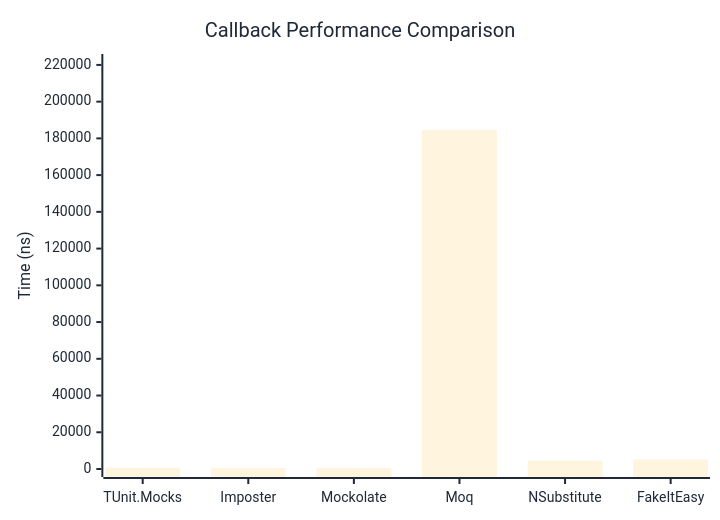
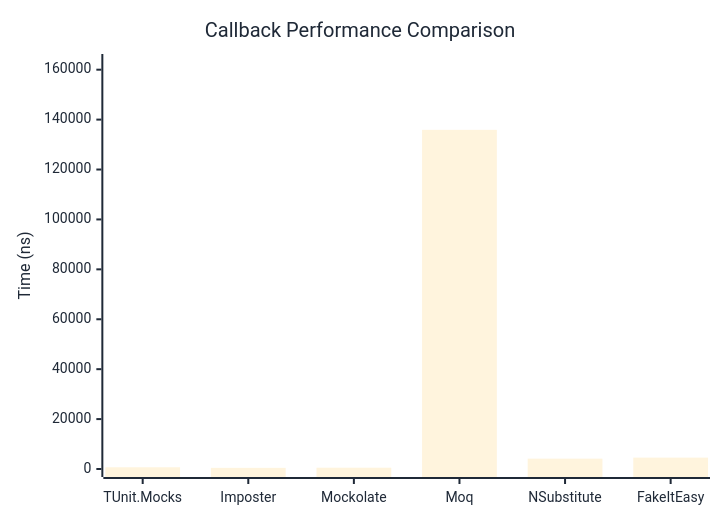
One commit to thomhurst/TUnit changed the first of 2 diagrams in docs/docs/benchmarks/mocks/Callback.md. Above: the diagram before and after it, drawn with Mermaid. The commit also changed other lines of this file and 14 other files, not shown here.

````diff
--- a/docs/docs/benchmarks/mocks/Callback.md
+++ b/docs/docs/benchmarks/mocks/Callback.md
@@ -28,27 +28,27 @@
 ```mermaid
 %%{init: {
   'theme':'base',
   'themeVariables': {
     'primaryColor': '#2563eb',
     'primaryTextColor': '#1f2937',
     'primaryBorderColor': '#1e40af',
     'lineColor': '#6b7280',
     'secondaryColor': '#7c3aed',
     'tertiaryColor': '#dc2626',
     'background': '#ffffff',
     'pie1': '#2563eb',
     'pie2': '#7c3aed',
     'pie3': '#dc2626',
     'pie4': '#f59e0b',
     'pie5': '#10b981',
     'pie6': '#06b6d4',
     'pie7': '#ec4899',
     'pie8': '#6366f1'
   }
 }}%%
 xychart-beta
   title "Callback Performance Comparison"
   x-axis ["TUnit.Mocks", "Imposter", "Mockolate", "Moq", "NSubstitute", "FakeItEasy"]
-  y-axis "Time (ns)" 0 --> 221586
-  bar [710.1, 477.8, 517.8, 184654.4, 4571.4, 5192.1]
+  y-axis "Time (ns)" 0 --> 163081
+  bar [689.5, 459.8, 525.1, 135900.5, 4148.8, 4558.1]
 ```
````
